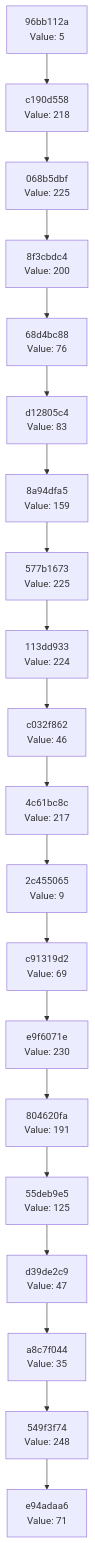
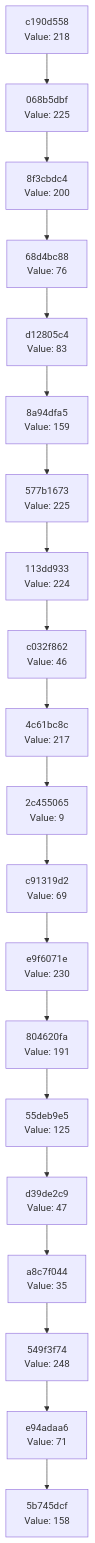
Before and after one commit to Abhisheksinha1506/hash-chain-evolver: the diagram in docs/CHAIN_VISUALIZATION.md, drawn with Mermaid. The commit also changed 3 other files, not shown here.

````diff
--- a/docs/CHAIN_VISUALIZATION.md
+++ b/docs/CHAIN_VISUALIZATION.md
@@ -3,42 +3,42 @@
 ```mermaid
 graph TD
-    C0["e94adaa6<br/>Value: 71"]
-    C1["549f3f74<br/>Value: 248"]
+    C0["5b745dcf<br/>Value: 158"]
+    C1["e94adaa6<br/>Value: 71"]
     C1 --> C0
-    C2["a8c7f044<br/>Value: 35"]
+    C2["549f3f74<br/>Value: 248"]
     C2 --> C1
-    C3["d39de2c9<br/>Value: 47"]
+    C3["a8c7f044<br/>Value: 35"]
     C3 --> C2
-    C4["55deb9e5<br/>Value: 125"]
+    C4["d39de2c9<br/>Value: 47"]
     C4 --> C3
-    C5["804620fa<br/>Value: 191"]
+    C5["55deb9e5<br/>Value: 125"]
     C5 --> C4
-    C6["e9f6071e<br/>Value: 230"]
+    C6["804620fa<br/>Value: 191"]
     C6 --> C5
-    C7["c91319d2<br/>Value: 69"]
+    C7["e9f6071e<br/>Value: 230"]
     C7 --> C6
-    C8["2c455065<br/>Value: 9"]
+    C8["c91319d2<br/>Value: 69"]
     C8 --> C7
-    C9["4c61bc8c<br/>Value: 217"]
+    C9["2c455065<br/>Value: 9"]
     C9 --> C8
-    C10["c032f862<br/>Value: 46"]
+    C10["4c61bc8c<br/>Value: 217"]
     C10 --> C9
-    C11["113dd933<br/>Value: 224"]
+    C11["c032f862<br/>Value: 46"]
     C11 --> C10
-    C12["577b1673<br/>Value: 225"]
+    C12["113dd933<br/>Value: 224"]
     C12 --> C11
-    C13["8a94dfa5<br/>Value: 159"]
+    C13["577b1673<br/>Value: 225"]
     C13 --> C12
-    C14["d12805c4<br/>Value: 83"]
+    C14["8a94dfa5<br/>Value: 159"]
     C14 --> C13
-    C15["68d4bc88<br/>Value: 76"]
+    C15["d12805c4<br/>Value: 83"]
     C15 --> C14
-    C16["8f3cbdc4<br/>Value: 200"]
+    C16["68d4bc88<br/>Value: 76"]
     C16 --> C15
-    C17["068b5dbf<br/>Value: 225"]
+    C17["8f3cbdc4<br/>Value: 200"]
     C17 --> C16
-    C18["c190d558<br/>Value: 218"]
+    C18["068b5dbf<br/>Value: 225"]
     C18 --> C17
-    C19["96bb112a<br/>Value: 5"]
+    C19["c190d558<br/>Value: 218"]
     C19 --> C18
 ```
````
